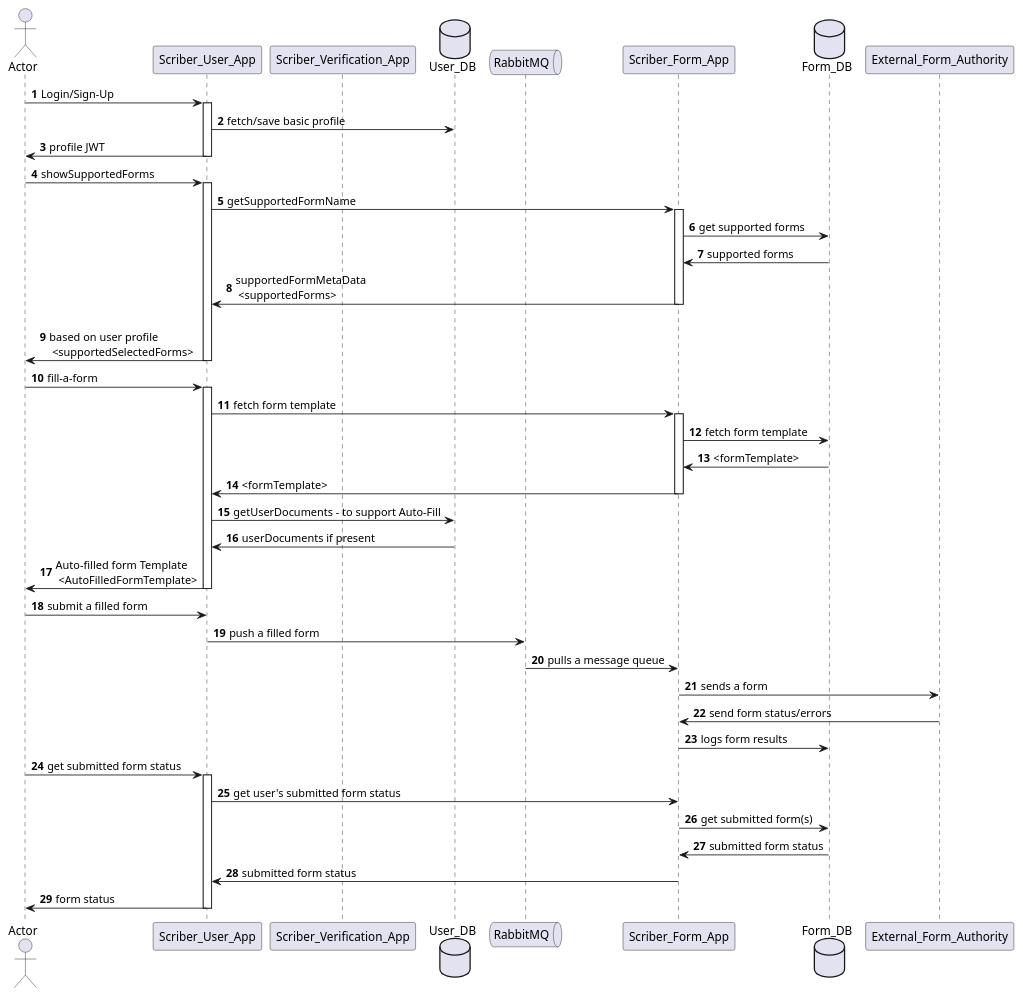
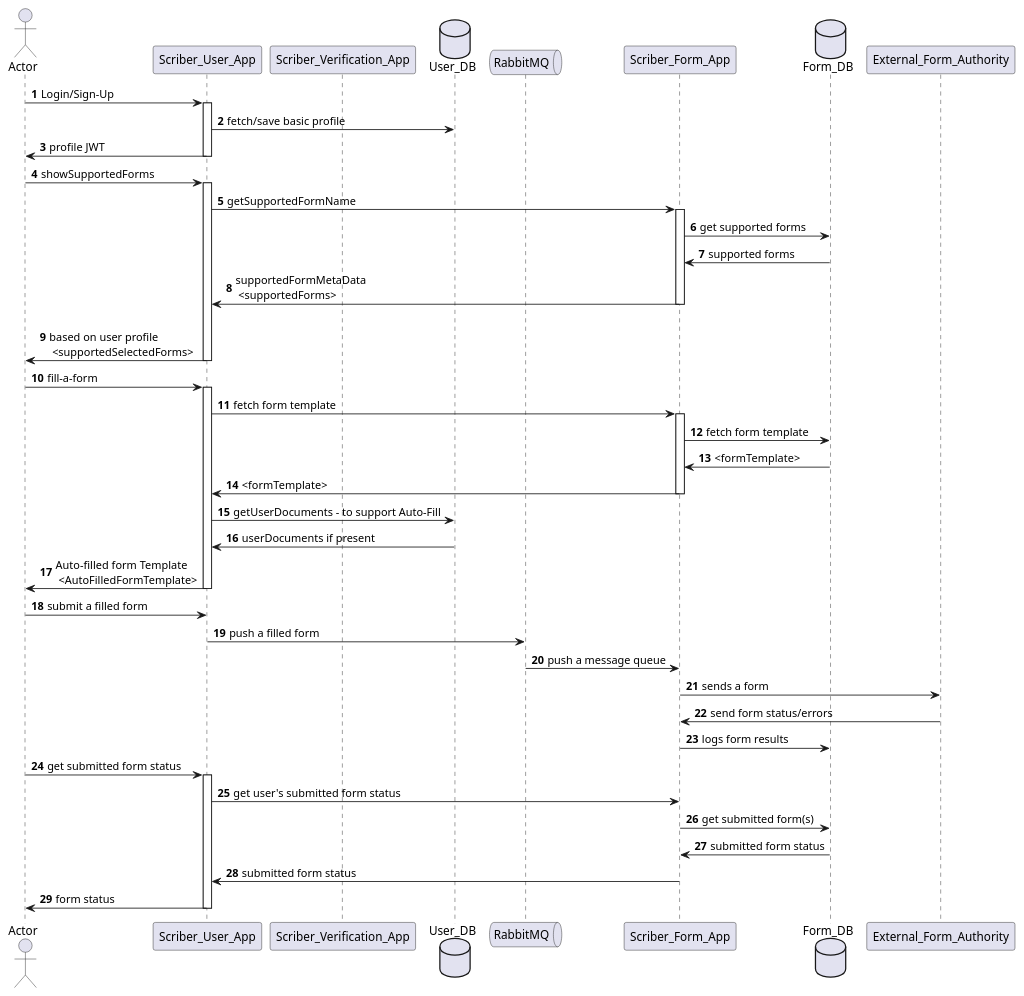
One commit to satyam512/scriber-producer changed the diagram in src/main/resources/Scriber.puml. Above: the diagram before and after it, drawn with PlantUML. The commit also changed 1 other file, not shown here.

```diff
--- a/src/main/resources/Scriber.puml
+++ b/src/main/resources/Scriber.puml
@@ -1,70 +1,70 @@
 @startuml
 autonumber
 
 actor  Actor as user
 participant Scriber_User_App as userApp
 participant Scriber_Verification_App as mlApp
 database    User_DB  as userDB
 queue       RabbitMQ as rabbit
 participant Scriber_Form_App as formApp
 database    Form_DB  as formDB
 participant External_Form_Authority as exAuth
 user -> userApp : Login/Sign-Up
 activate userApp
 userApp -> userDB : fetch/save basic profile
 userApp -> user : profile JWT
 deactivate userApp
 
 
 user -> userApp : showSupportedForms
 activate userApp
 userApp -> formApp : getSupportedFormName
 activate formApp
 formApp -> formDB : get supported forms
 formDB -> formApp : supported forms
 formApp -> userApp : supportedFormMetaData \n <supportedForms>
 deactivate formApp
 userApp -> user : \nbased on user profile \n <supportedSelectedForms>
 deactivate userApp
 
 user -> userApp : fill-a-form
 activate userApp
 userApp -> formApp : fetch form template
 activate formApp
 formApp -> formDB : fetch form template
 formDB -> formApp : <formTemplate>
 formApp -> userApp : <formTemplate>
 deactivate formApp
 userApp -> userDB : getUserDocuments - to support Auto-Fill
 userDB -> userApp : userDocuments if present
 userApp -> user : Auto-filled form Template \n <AutoFilledFormTemplate>
 deactivate userApp
 
 user -> userApp : submit a filled form
 userApp -> rabbit : push a filled form
-rabbit -> formApp : pulls a message queue
+rabbit -> formApp : push a message queue
 formApp -> exAuth : sends a form
 exAuth -> formApp : send form status/errors
 formApp -> formDB : logs form results
 
 user -> userApp : get submitted form status
 activate userApp
 userApp -> formApp : get user's submitted form status
 formApp -> formDB : get submitted form(s)
 formDB -> formApp : submitted form status
 formApp -> userApp : submitted form status
 userApp -> user : form status
 deactivate userApp
 
 
 
 
 
 'Foo -> Foo1 : To actor
 'Foo -> Foo2 : To boundary
 'Foo -> Foo3 : To control
 'Foo -> Foo4 : To entity
 'Foo -> Foo5 : To database
 'Foo -> Foo6 : To collections
 'Foo -> Foo7: To queue
 @enduml
```
